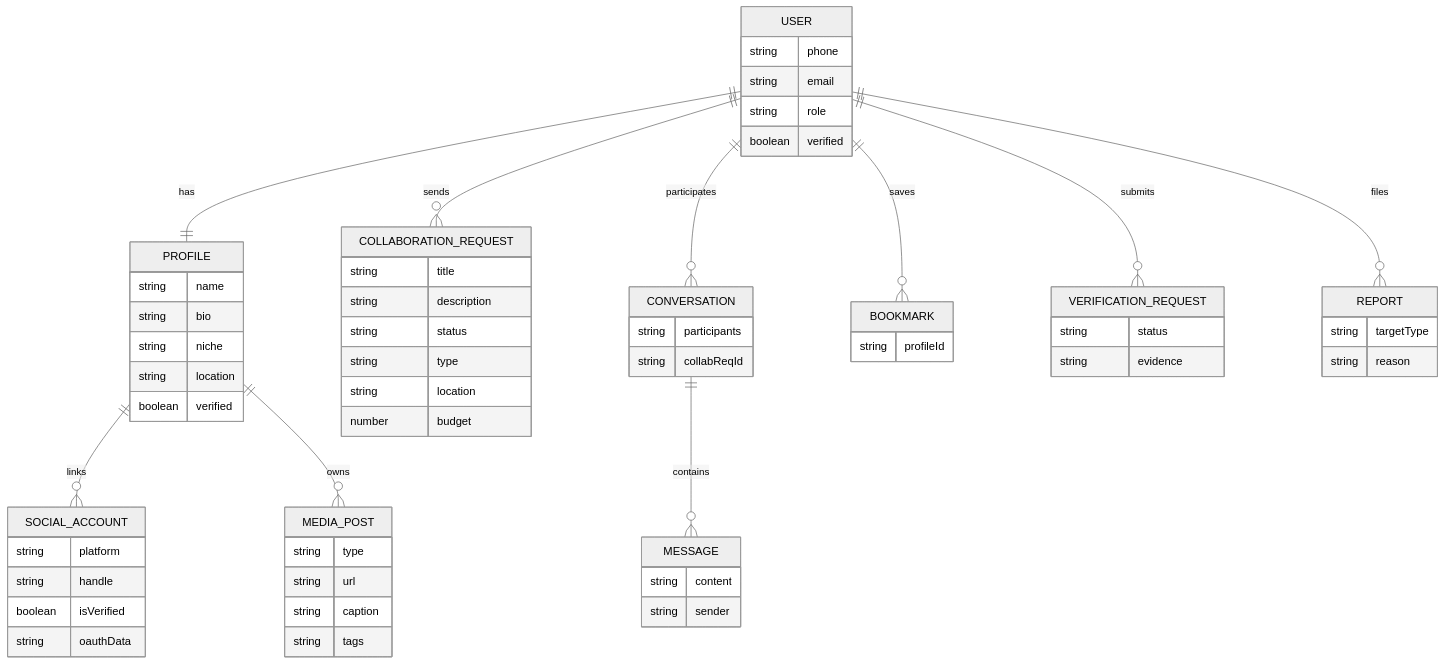
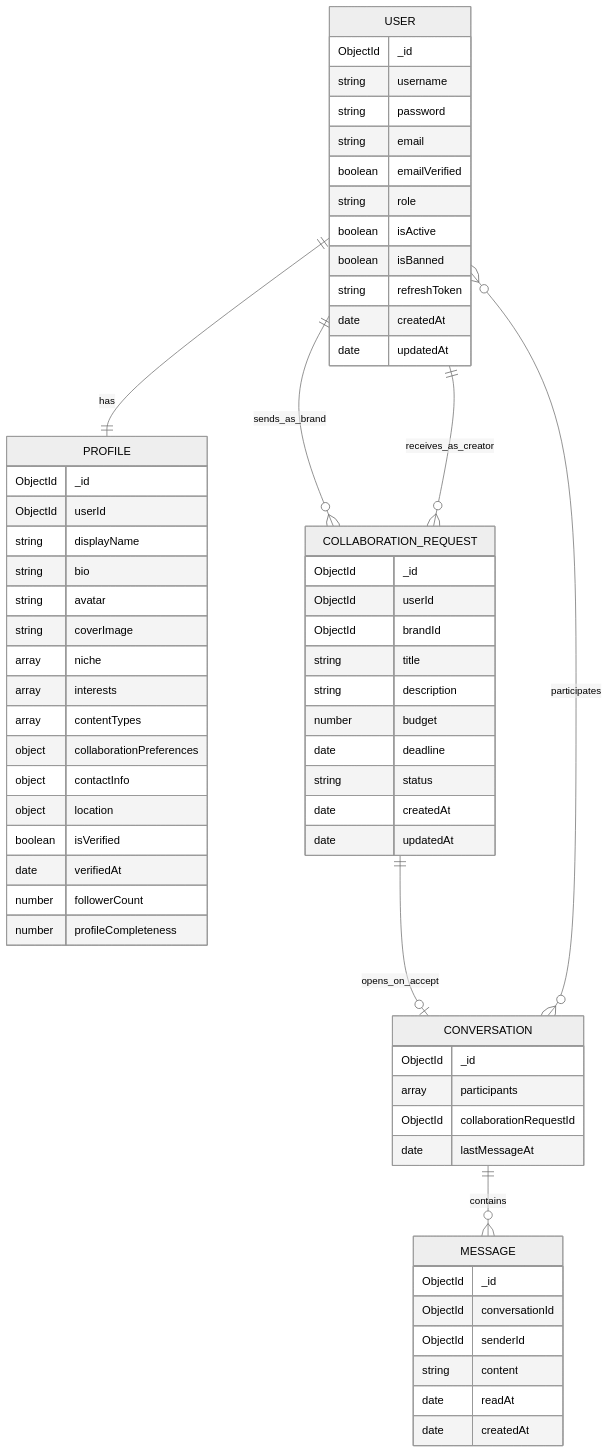
One commit to samiksha-jangid27/CollabSphere changed the diagram in UML Designs/mermaid/er-diagram.mmd. Above: the diagram before and after it, drawn with Mermaid (neutral theme). The commit also changed 8 other files, not shown here.

First line of the commit message:
docs: align UML diagrams with implementation, add architecture reference

```diff
--- a/UML Designs/mermaid/er-diagram.mmd
+++ b/UML Designs/mermaid/er-diagram.mmd
@@ -1,67 +1,66 @@
 erDiagram
     USER ||--|| PROFILE : has
     USER {
-        string phone
+        ObjectId _id
+        string username
+        string password
         string email
+        boolean emailVerified
         string role
-        boolean verified
+        boolean isActive
+        boolean isBanned
+        string refreshToken
+        date createdAt
+        date updatedAt
     }
-    PROFILE ||--o{ SOCIAL_ACCOUNT : links
-    PROFILE ||--o{ MEDIA_POST : owns
     PROFILE {
-        string name
+        ObjectId _id
+        ObjectId userId
+        string displayName
         string bio
-        string niche
-        string location
-        boolean verified
-    }
-    SOCIAL_ACCOUNT {
-        string platform
-        string handle
+        string avatar
+        string coverImage
+        array niche
+        array interests
+        array contentTypes
+        object collaborationPreferences
+        object contactInfo
+        object location
         boolean isVerified
-        string oauthData
-    }
-    MEDIA_POST {
-        string type
-        string url
-        string caption
-        string tags
+        date verifiedAt
+        number followerCount
+        number profileCompleteness
     }
 
-    USER ||--o{ COLLABORATION_REQUEST : sends
+    USER ||--o{ COLLABORATION_REQUEST : sends_as_brand
+    USER ||--o{ COLLABORATION_REQUEST : receives_as_creator
     COLLABORATION_REQUEST {
+        ObjectId _id
+        ObjectId userId
+        ObjectId brandId
         string title
         string description
+        number budget
+        date deadline
         string status
-        string type
-        string location
-        number budget
+        date createdAt
+        date updatedAt
     }
 
-    USER ||--o{ CONVERSATION : participates
+    COLLABORATION_REQUEST ||--o| CONVERSATION : opens_on_accept
+    USER }o--o{ CONVERSATION : participates
     CONVERSATION ||--o{ MESSAGE : contains
     CONVERSATION {
-        string participants
-        string collabReqId
+        ObjectId _id
+        array participants
+        ObjectId collaborationRequestId
+        date lastMessageAt
     }
     MESSAGE {
+        ObjectId _id
+        ObjectId conversationId
+        ObjectId senderId
         string content
-        string sender
+        date readAt
+        date createdAt
     }
-
-    USER ||--o{ BOOKMARK : saves
-    BOOKMARK {
-        string profileId
-    }
-
-    USER ||--o{ VERIFICATION_REQUEST : submits
-    VERIFICATION_REQUEST {
-        string status
-        string evidence
-    }
-
-    USER ||--o{ REPORT : files
-    REPORT {
-        string targetType
-        string reason
-    }
```
